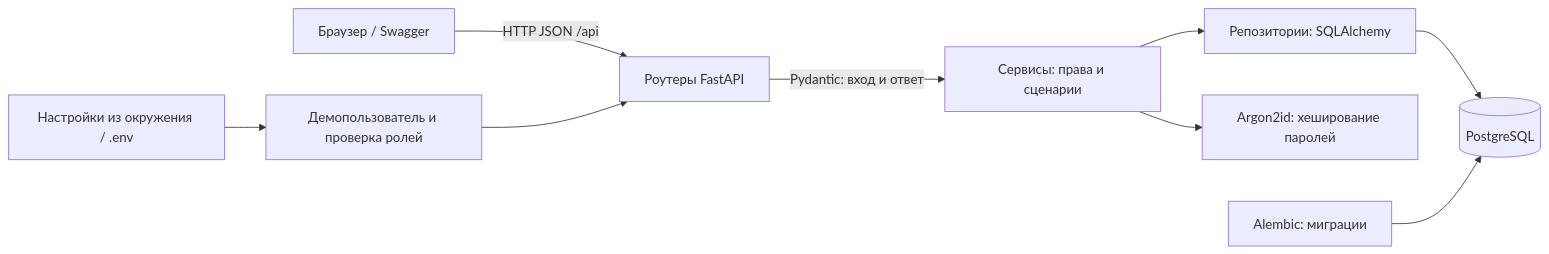
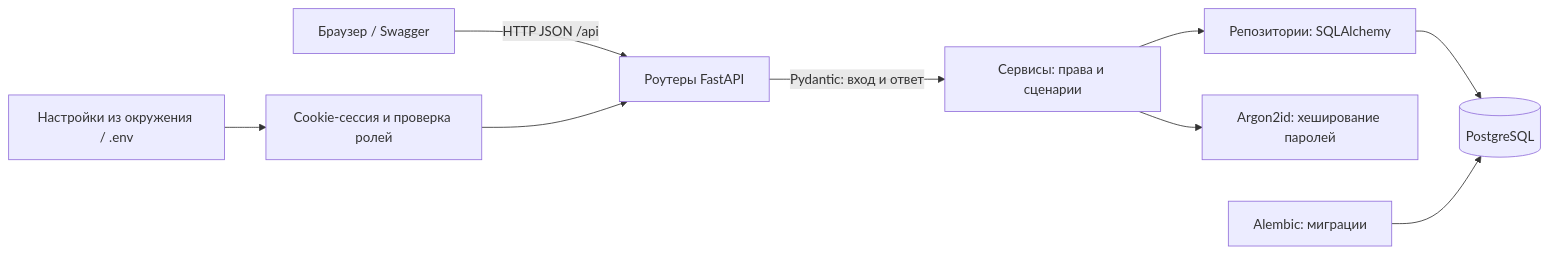
The diagram in docs/architecture.md (svetlanashegay-commits/Delul), drawn with Mermaid before and after one commit. The commit also changed other lines of this file and 3 other files, not shown here.

````diff
--- a/docs/architecture.md
+++ b/docs/architecture.md
@@ -5,11 +5,11 @@
 ```mermaid
 flowchart LR
     B["Браузер / Swagger"] -->|"HTTP JSON /api"| R["Роутеры FastAPI"]
     R -->|"Pydantic: вход и ответ"| S["Сервисы: права и сценарии"]
     S --> Q["Репозитории: SQLAlchemy"]
     Q --> D[("PostgreSQL")]
-    E["Настройки из окружения / .env"] --> I["Демопользователь и проверка ролей"]
+    E["Настройки из окружения / .env"] --> I["Cookie-сессия и проверка ролей"]
     I --> R
     S --> H["Argon2id: хеширование паролей"]
     M["Alembic: миграции"] --> D
 ```
````
